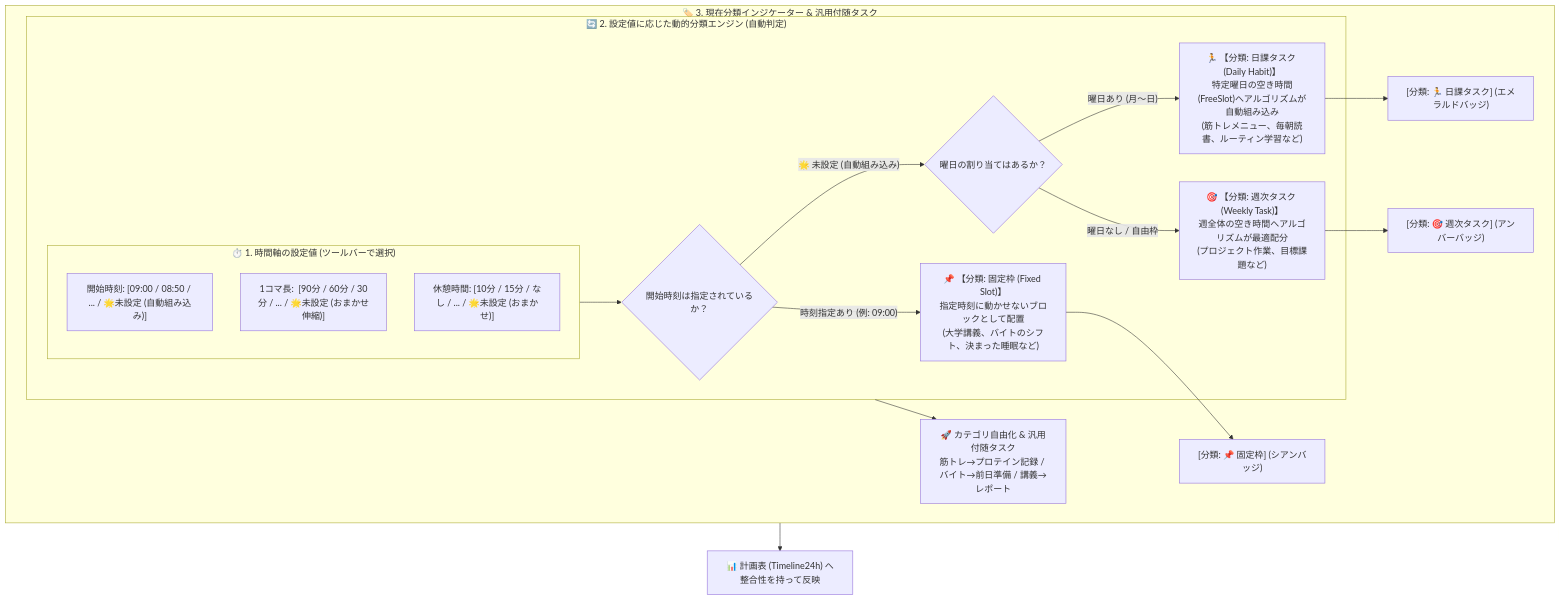
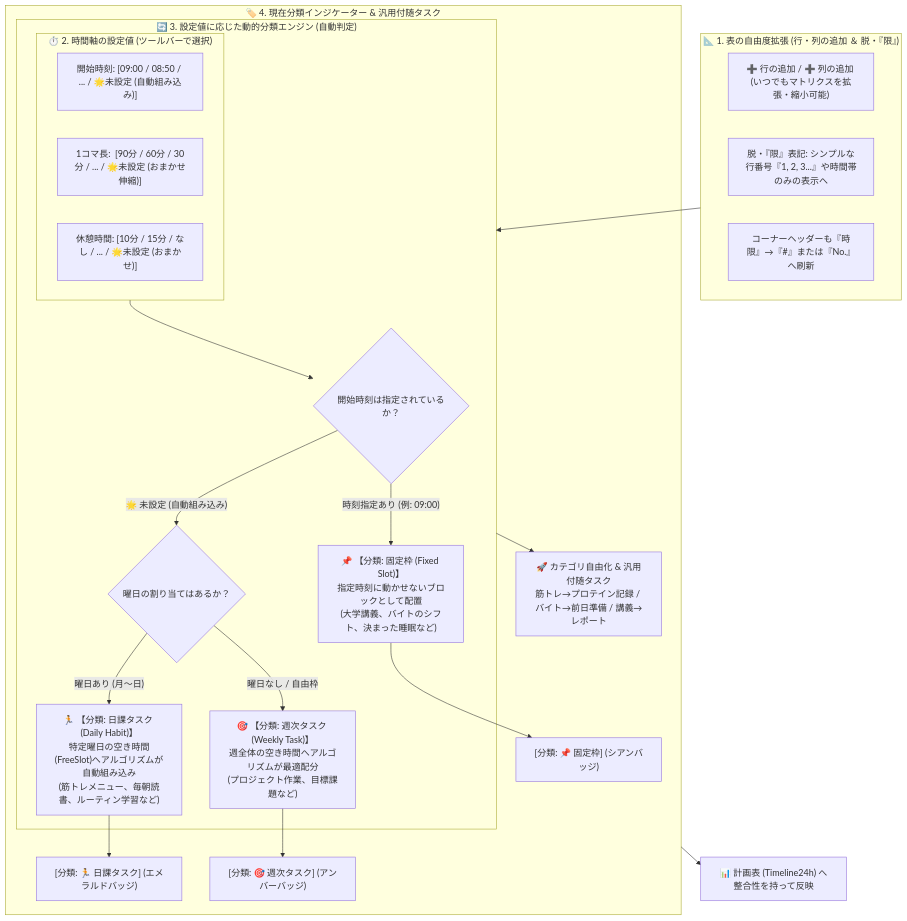
The first of 4 diagrams in Plan7.md (chku25062-sketch/creation_1), drawn with Mermaid before and after one commit. The commit also changed other lines of this file, not shown here.

````diff
--- a/Plan7.md
+++ b/Plan7.md
@@ -16,29 +17,36 @@
 ```mermaid
 flowchart TD
-    subgraph TimeConfig["⏱️ 1. 時間軸の設定値 (ツールバーで選択)"]
+    subgraph GridDesign["📐 1. 表の自由度拡張 (行・列の追加 ＆ 脱・『限』)"]
+        G1["➕ 行の追加 / ➕ 列の追加 (いつでもマトリクスを拡張・縮小可能)"]
+        G2["脱・『限』表記: シンプルな行番号『1, 2, 3...』や時間帯のみの表示へ"]
+        G3["コーナーヘッダーも『時限』→『#』または『No.』へ刷新"]
+    end
+
+    subgraph TimeConfig["⏱️ 2. 時間軸の設定値 (ツールバーで選択)"]
         C1["開始時刻: [09:00 / 08:50 / ... / 🌟未設定 (自動組み込み)]"]
         C2["1コマ長:  [90分 / 60分 / 30分 / ... / 🌟未設定 (おまかせ伸縮)]"]
         C3["休憩時間: [10分 / 15分 / なし / ... / 🌟未設定 (おまかせ)]"]
     end
 
-    subgraph DynamicClassification["🔄 2. 設定値に応じた動的分類エンジン (自動判定)"]
+    subgraph DynamicClassification["🔄 3. 設定値に応じた動的分類エンジン (自動判定)"]
         TimeConfig --> Check{"開始時刻は指定されているか？"}
         
         Check -- "時刻指定あり (例: 09:00)" --> Fixed["📌 【分類: 固定枠 (Fixed Slot)】<br>指定時刻に動かせないブロックとして配置<br>(大学講義、バイトのシフト、決まった睡眠など)"]
         
         Check -- "🌟 未設定 (自動組み込み)" --> CheckDay{"曜日の割り当てはあるか？"}
         CheckDay -- "曜日あり (月〜日)" --> Daily["🏃 【分類: 日課タスク (Daily Habit)】<br>特定曜日の空き時間(FreeSlot)へアルゴリズムが自動組み込み<br>(筋トレメニュー、毎朝読書、ルーティン学習など)"]
         CheckDay -- "曜日なし / 自由枠" --> Weekly["🎯 【分類: 週次タスク (Weekly Task)】<br>週全体の空き時間へアルゴリズムが最適配分<br>(プロジェクト作業、目標課題など)"]
     end
 
-    subgraph UI_Badge["🏷️ 3. 現在分類インジケーター & 汎用付随タスク"]
+    subgraph UI_Badge["🏷️ 4. 現在分類インジケーター & 汎用付随タスク"]
         Fixed --> Badge1["[分類: 📌 固定枠] (シアンバッジ)"]
         Daily --> Badge2["[分類: 🏃 日課タスク] (エメラルドバッジ)"]
         Weekly --> Badge3["[分類: 🎯 週次タスク] (アンバーバッジ)"]
         
         UniversalTask["🚀 カテゴリ自由化 & 汎用付随タスク<br>筋トレ→プロテイン記録 / バイト→前日準備 / 講義→レポート"]
         DynamicClassification --> UniversalTask
     end
 
+    GridDesign --> DynamicClassification
     UI_Badge --> Timeline["📊 計画表 (Timeline24h) へ整合性を持って反映"]
 ```
````
